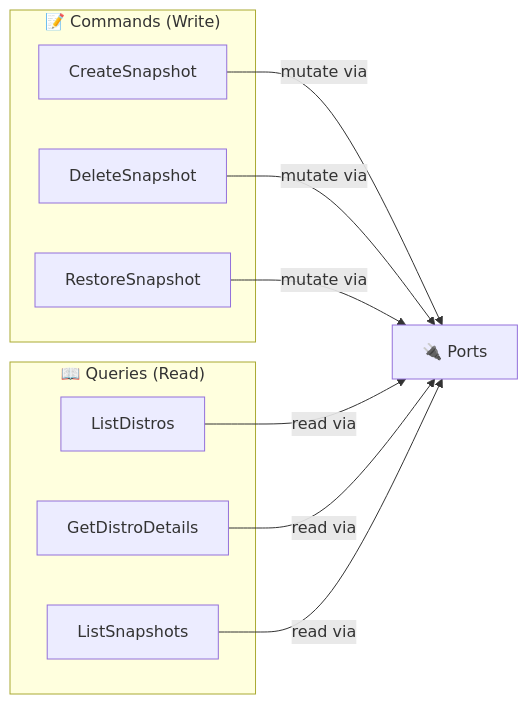
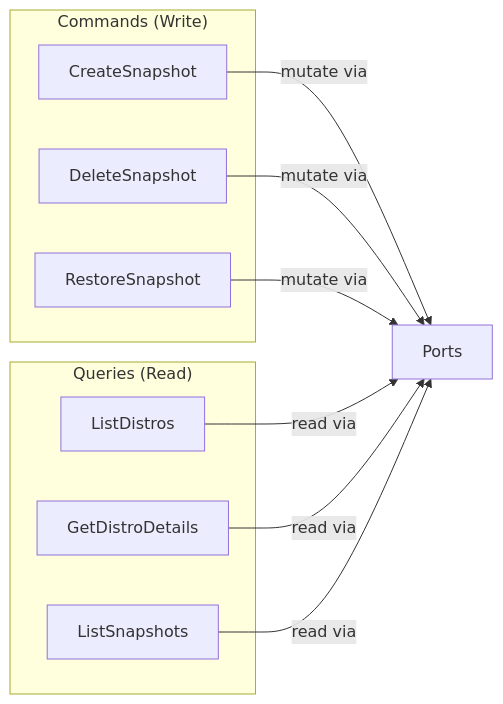
Before and after one commit to muchiny/wsl-dashboard: the first of 3 diagrams in src-tauri/src/application/README.md, drawn with Mermaid. The commit also changed other lines of this file and 10 other files, not shown here.

````diff
--- a/src-tauri/src/application/README.md
+++ b/src-tauri/src/application/README.md
@@ -14,17 +14,17 @@
 ```mermaid
 graph LR
-    subgraph "📝 Commands (Write)"
+    subgraph "Commands (Write)"
         CS["CreateSnapshot"]
         DS["DeleteSnapshot"]
         RS["RestoreSnapshot"]
     end
 
-    subgraph "📖 Queries (Read)"
+    subgraph "Queries (Read)"
         LD["ListDistros"]
         GD["GetDistroDetails"]
         LS["ListSnapshots"]
     end
 
-    CS & DS & RS -->|"mutate via"| P1["🔌 Ports"]
+    CS & DS & RS -->|"mutate via"| P1["Ports"]
     LD & GD & LS -->|"read via"| P1
 ```
````
